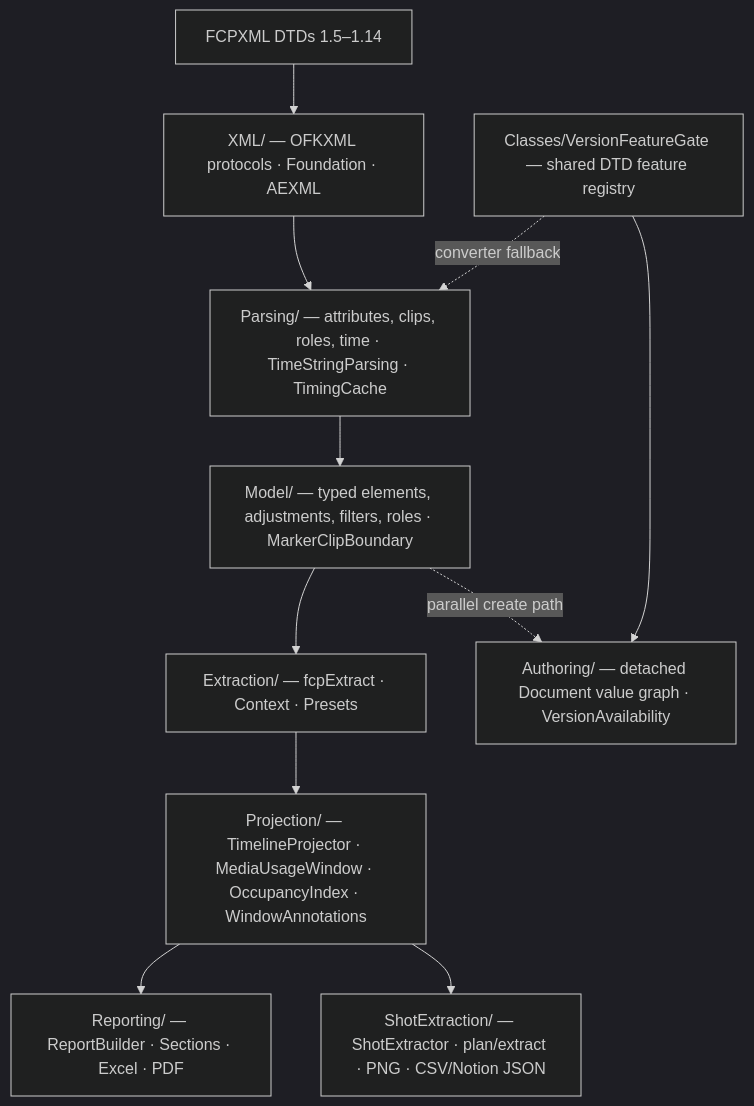
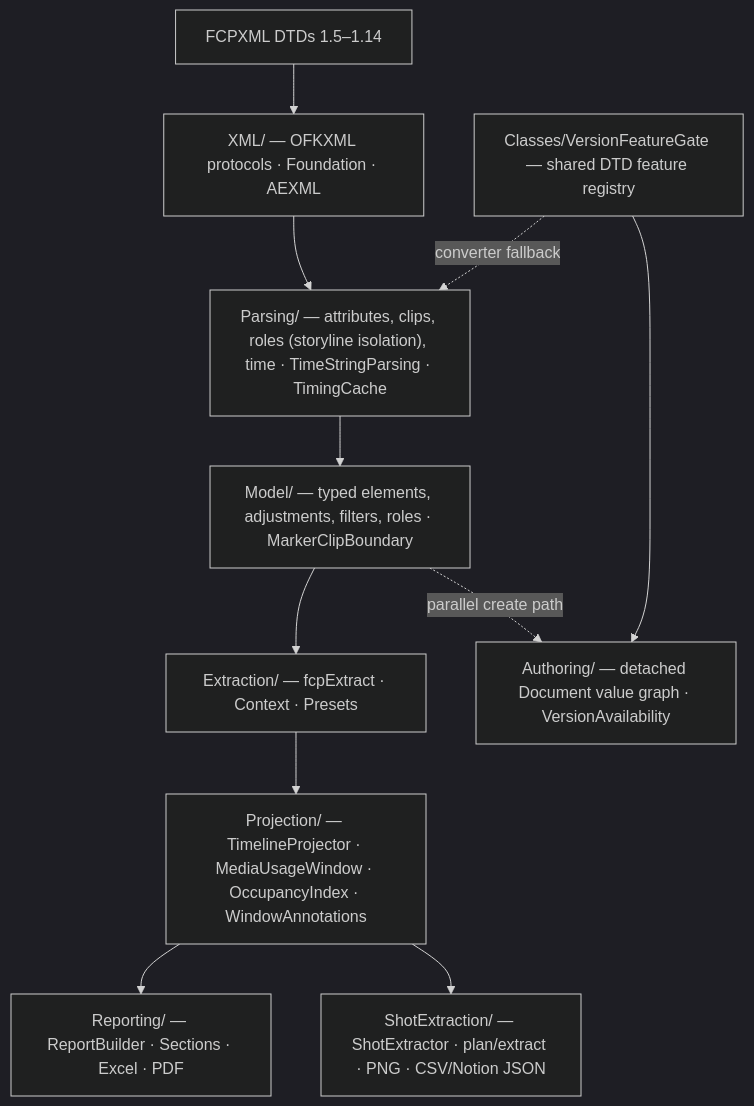
One commit to TheAcharya/OpenFCPXMLKit changed the third of 6 diagrams in ARCHITECTURE.md. Above: the diagram before and after it, drawn with Mermaid (dark theme). The commit also changed other lines of this file and 43 other files, not shown here.

````diff
--- a/ARCHITECTURE.md
+++ b/ARCHITECTURE.md
@@ -305,20 +307,20 @@
 ```mermaid
 flowchart TB
     DTD["FCPXML DTDs 1.5–1.14"]
     XML["XML/ — OFKXML protocols · Foundation · AEXML"]
-    PRS["Parsing/ — attributes, clips, roles, time · TimeStringParsing · TimingCache"]
+    PRS["Parsing/ — attributes, clips, roles (storyline isolation), time · TimeStringParsing · TimingCache"]
     MDL["Model/ — typed elements, adjustments, filters, roles · MarkerClipBoundary"]
     EXT["Extraction/ — fcpExtract · Context · Presets"]
     PRJ["Projection/ — TimelineProjector · MediaUsageWindow · OccupancyIndex · WindowAnnotations"]
     REP["Reporting/ — ReportBuilder · Sections · Excel · PDF"]
     SHOT["ShotExtraction/ — ShotExtractor · plan/extract · PNG · CSV/Notion JSON"]
 
     DTD --> XML --> PRS --> MDL --> EXT --> PRJ --> REP
     PRJ --> SHOT
 
     AUTH["Authoring/ — detached Document value graph · VersionAvailability"]
     GATE["Classes/VersionFeatureGate — shared DTD feature registry"]
     MDL -.->|"parallel create path"| AUTH
     GATE --> AUTH
     GATE -.->|"converter fallback"| PRS
 ```
````
